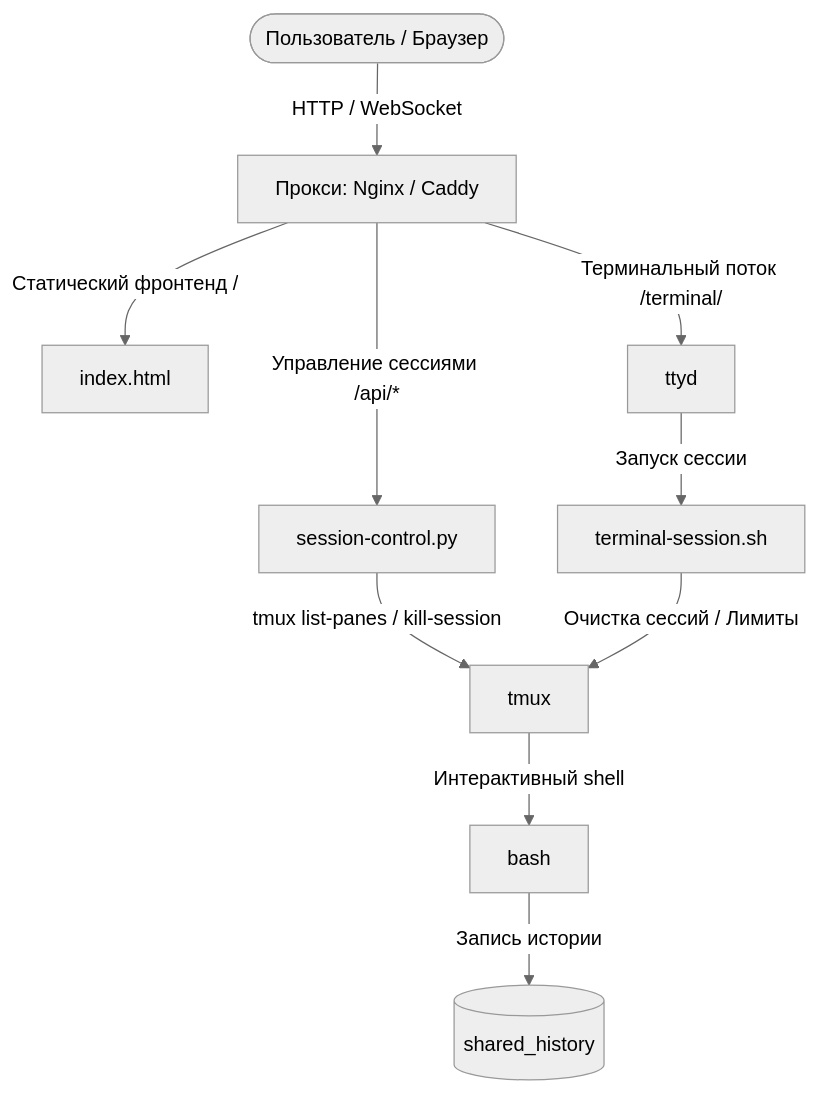
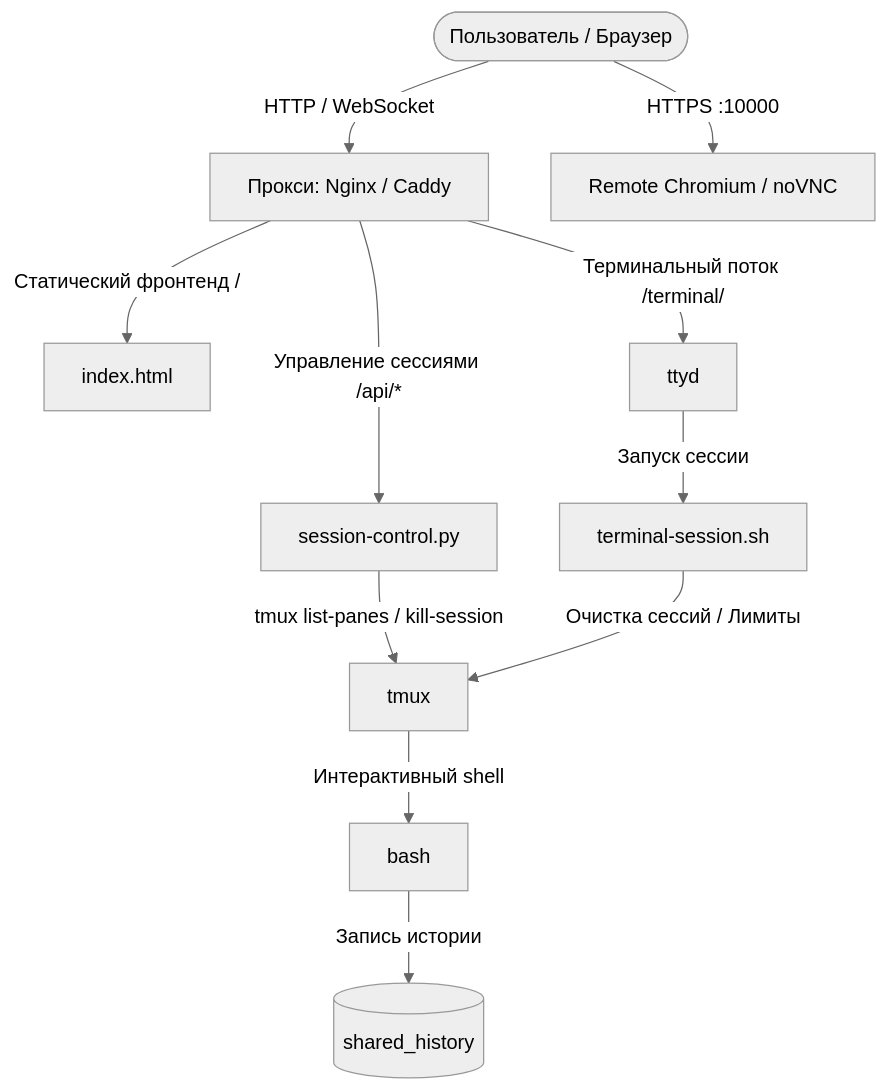
The diagram in README.md (lcruspe/fly-terminal), drawn with Mermaid (neutral theme) before and after one commit. The commit also changed other lines of this file and 4 other files, not shown here.

Commit message:
feat: add remote browser module

````diff
--- a/README.md
+++ b/README.md
@@ -21,13 +22,14 @@
 ```mermaid
 graph TD
     User([Пользователь / Браузер]) -->|HTTP / WebSocket| Proxy[Прокси: Nginx / Caddy]
     Proxy -->|Статический фронтенд /| IndexHtml[index.html]
     Proxy -->|Управление сессиями /api/*| ControlPy[session-control.py]
     Proxy -->|Терминальный поток /terminal/| Ttyd[ttyd]
+    User -->|HTTPS :10000| Browser[Remote Chromium / noVNC]
     
     ControlPy -->|tmux list-panes / kill-session| Tmux[tmux]
     Ttyd -->|Запуск сессии| SessionSh[terminal-session.sh]
     SessionSh -->|Очистка сессий / Лимиты| Tmux
     Tmux -->|Интерактивный shell| Bash[bash]
     Bash -->|Запись истории| HistFile[(shared_history)]
 ```
````
